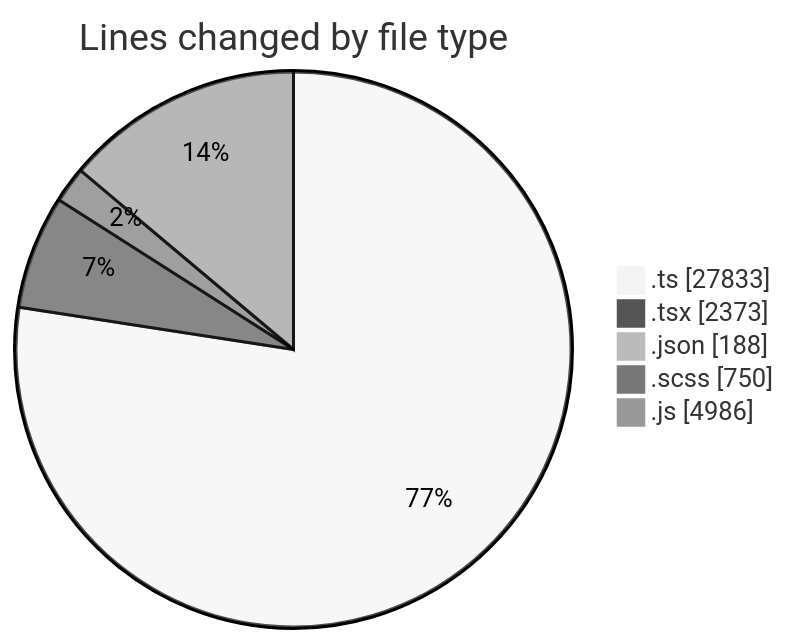
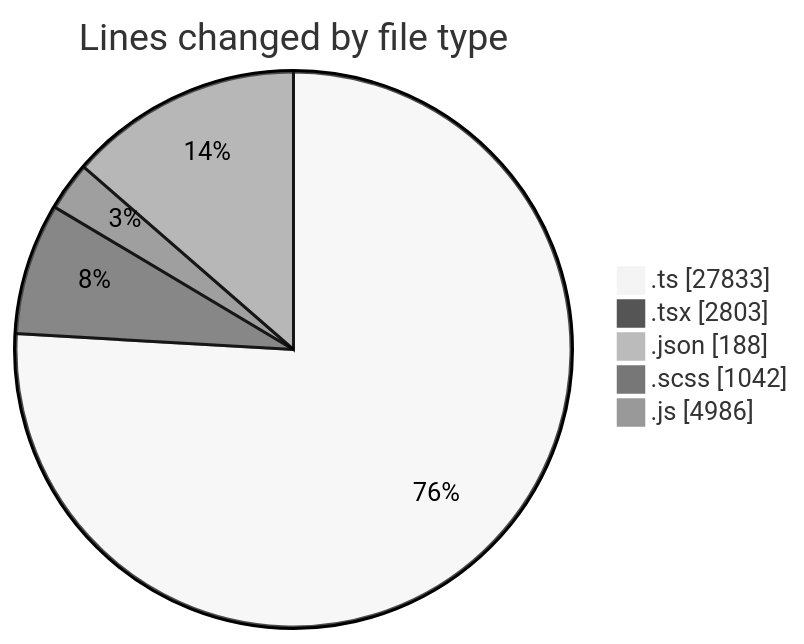
One commit to momahboobian/code-tracking changed the first of 2 diagrams in 2026-05-07/cda/README.md. Above: the diagram before and after it, drawn with Mermaid (neutral theme). The commit also changed other lines of this file and 1 other file, not shown here.

````diff
--- a/2026-05-07/cda/README.md
+++ b/2026-05-07/cda/README.md
@@ -48,9 +51,9 @@
 ```mermaid
 pie showData
 title Lines changed by file type
 ".ts" : 27833
-".tsx" : 2373
+".tsx" : 2803
 ".json" : 188
-".scss" : 750
+".scss" : 1042
 ".js" : 4986
 ```
````
